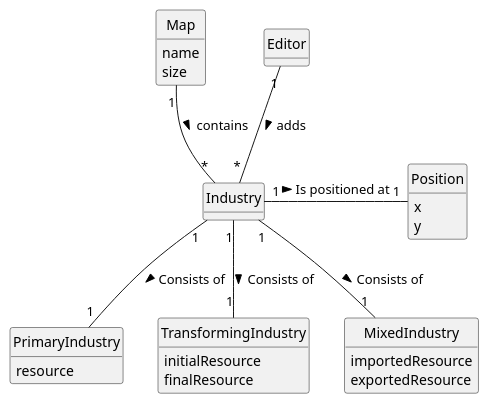
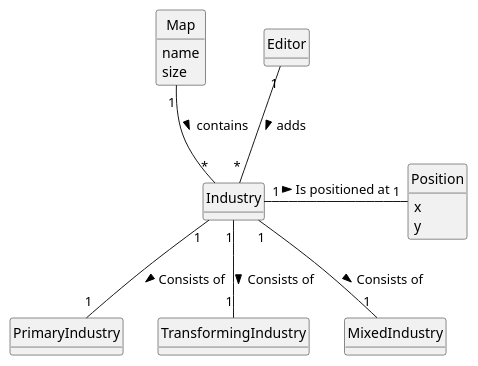
Before and after one commit to bruno-monteiro5/sem2-pi-24.25-g132-repo: the diagram in docs/system-documentation/US002/02.analysis/puml/US002-DM.puml, drawn with PlantUML.

Commit message:
analysis us002

```diff
--- a/docs/system-documentation/US002/02.analysis/puml/US002-DM.puml
+++ b/docs/system-documentation/US002/02.analysis/puml/US002-DM.puml
@@ -1,55 +1,50 @@
 @startuml
 skinparam monochrome true
 skinparam packageStyle rectangle
 skinparam shadowing false
 
 'left to right direction
 
 skinparam classAttributeIconSize 0
 
 hide circle
 hide methods
 
 'title Domain Model
 
 class Map {
     name
     size
 }
 
 class Industry {
 }
 
 class PrimaryIndustry {
-    resource
 }
 
 class TransformingIndustry {
-    initialResource
-    finalResource
 }
 
 class MixedIndustry {
-    importedResource
-    exportedResource
 }
 
 class Editor {
 }
 
 class Position {
 x
 y
 }
 
 
 Editor "1" -- "*" Industry: adds >
 
 Map "1" -- "*" Industry : contains >
 Industry "1" -- "1" PrimaryIndustry : Consists of >
 Industry "1" -- "1" TransformingIndustry : Consists of >
 Industry "1" -- "1" MixedIndustry : Consists of >
 Industry "1" - "1" Position : Is positioned at >
 
 
 @enduml
```
